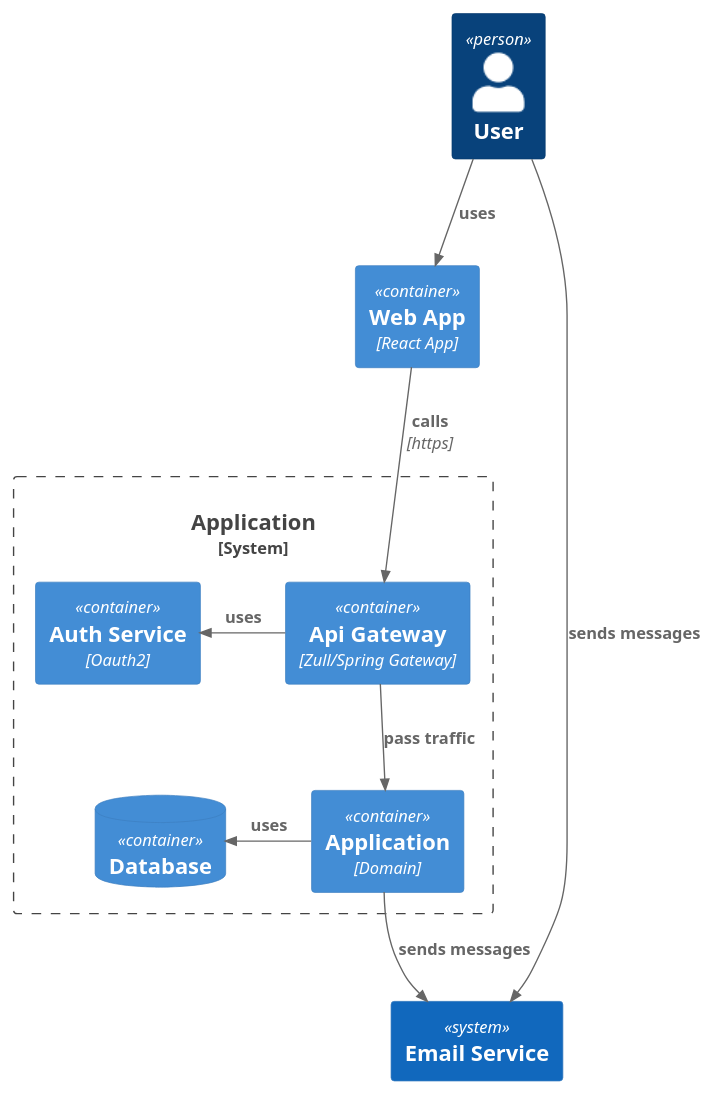
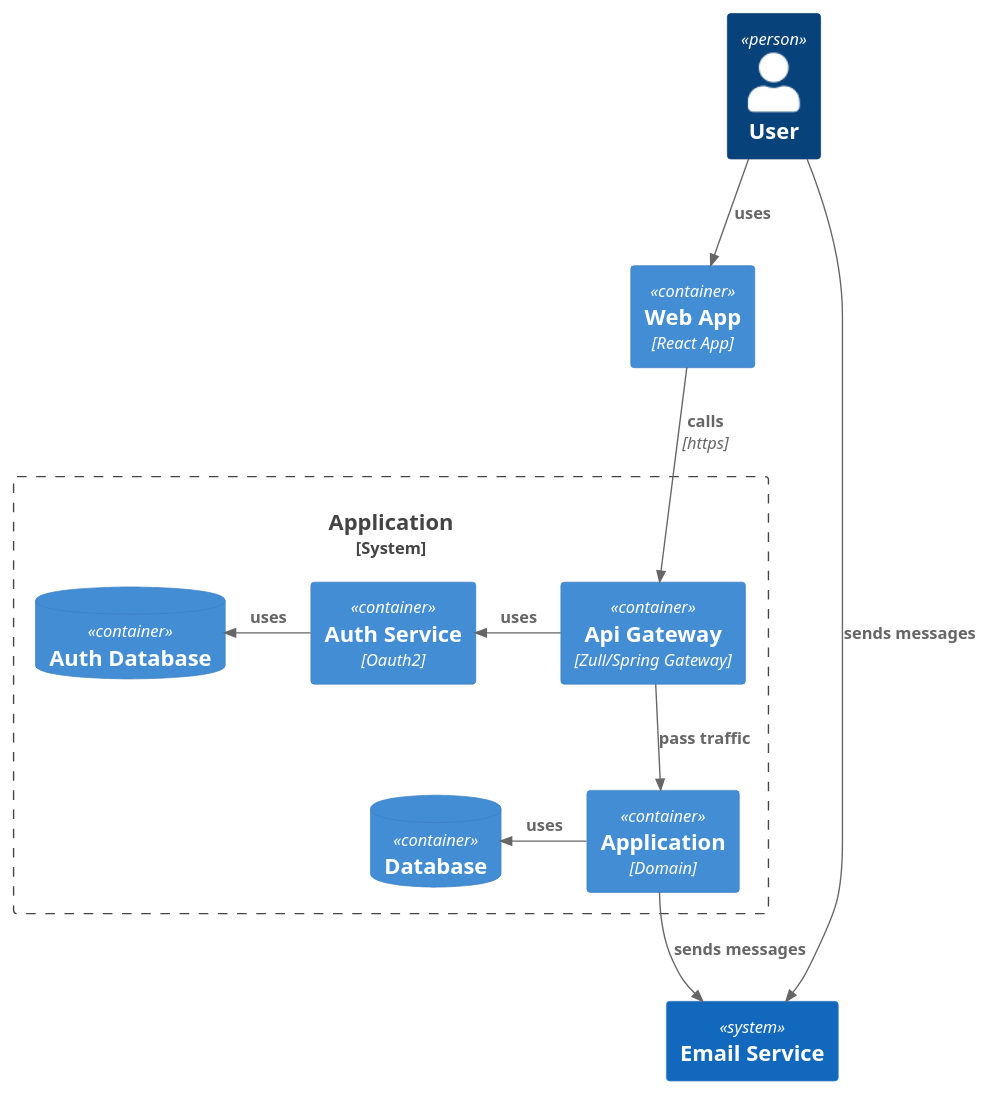
The diagram in docs/2_Container.puml (bartgora/NoTime2Play), drawn with PlantUML before and after one commit.

```diff
--- a/docs/2_Container.puml
+++ b/docs/2_Container.puml
@@ -1,22 +1,24 @@
 @startuml
 !include <C4/C4_Container>
 Person(user, "User")
 
 Container(webapp,"Web App","React App")
 System_Boundary(c1, "Application"){
 Container(gateway,"Api Gateway","Zull/Spring Gateway")
 Container(security,"Auth Service","Oauth2")
 Container(application, "Application", "Domain")
 ContainerDb(database, "Database")
+ContainerDb(authDb, "Auth Database")
 }
 
 System(email, "Email Service")
 
 Rel(user, webapp, "uses")
 Rel(webapp, gateway, "calls", "https")
 Rel(gateway, application, "pass traffic")
 Rel_L(gateway, security, "uses")
 Rel_L(application, database, "uses")
 Rel(application, email, "sends messages")
 Rel(user, email, "sends messages")
+Rel_L(security, authDb,"uses")
 @enduml
```
